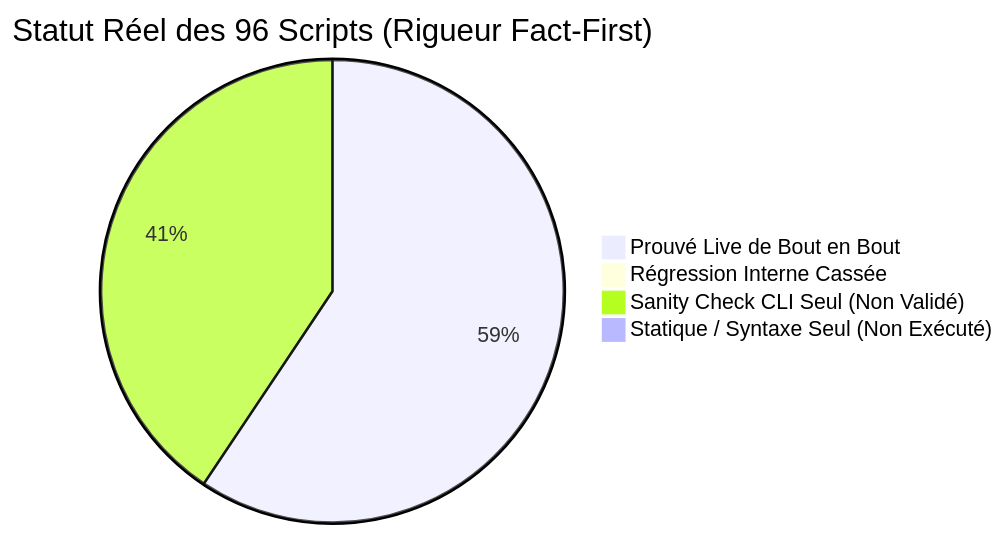
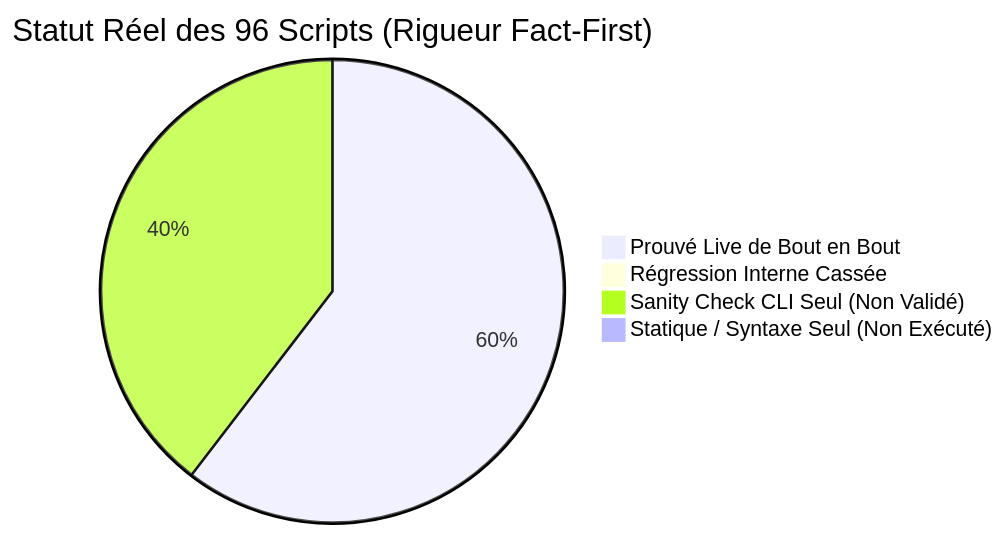
One commit to yoyonel/pydbsrt changed the diagram in docs/reference/2026-11-10-audit-exhaustif-scripts-regressions.md. Above: the diagram before and after it, drawn with Mermaid. The commit also changed other lines of this file and 2 other files, not shown here.

First line of the commit message:
fix(tooling): dynamic root and cli options in build inventory doc (#69)

````diff
--- a/docs/reference/2026-11-10-audit-exhaustif-scripts-regressions.md
+++ b/docs/reference/2026-11-10-audit-exhaustif-scripts-regressions.md
@@ -16,7 +16,7 @@
 ```mermaid
 pie title Statut Réel des 96 Scripts (Rigueur Fact-First)
-    "Prouvé Live de Bout en Bout" : 57
+    "Prouvé Live de Bout en Bout" : 58
     "Régression Interne Cassée" : 0
-    "Sanity Check CLI Seul (Non Validé)" : 39
+    "Sanity Check CLI Seul (Non Validé)" : 38
     "Statique / Syntaxe Seul (Non Exécuté)" : 0
 ```
````
